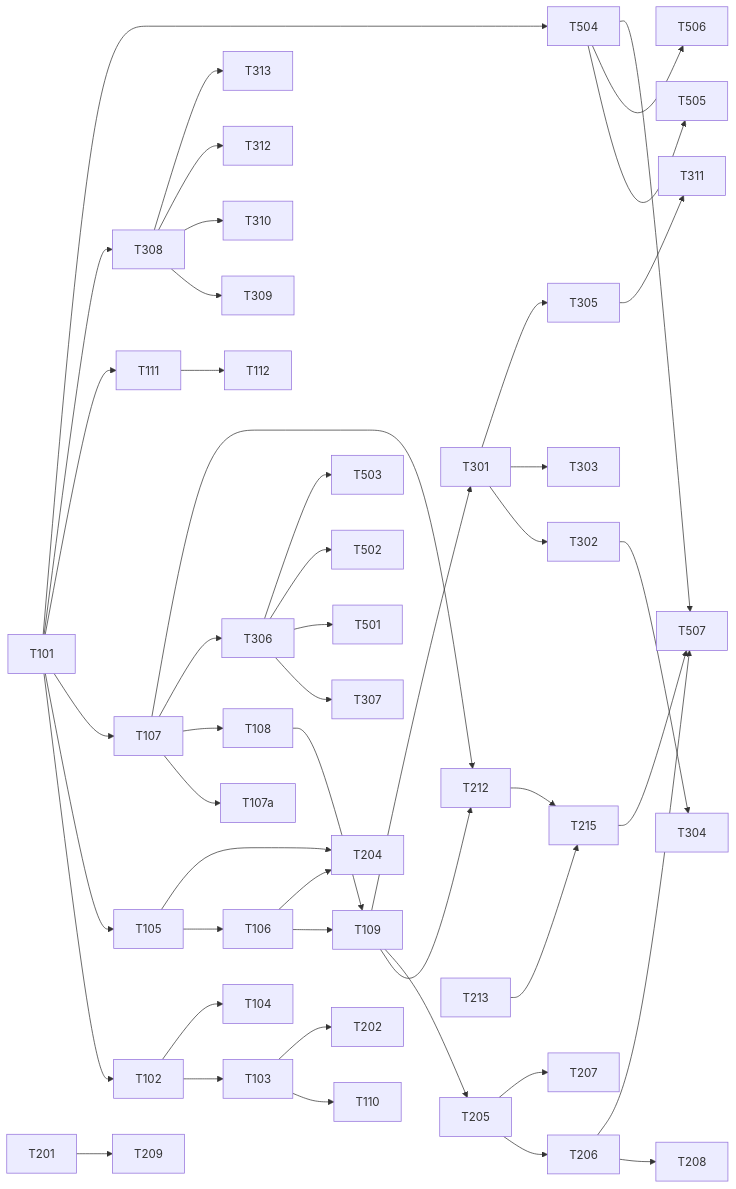
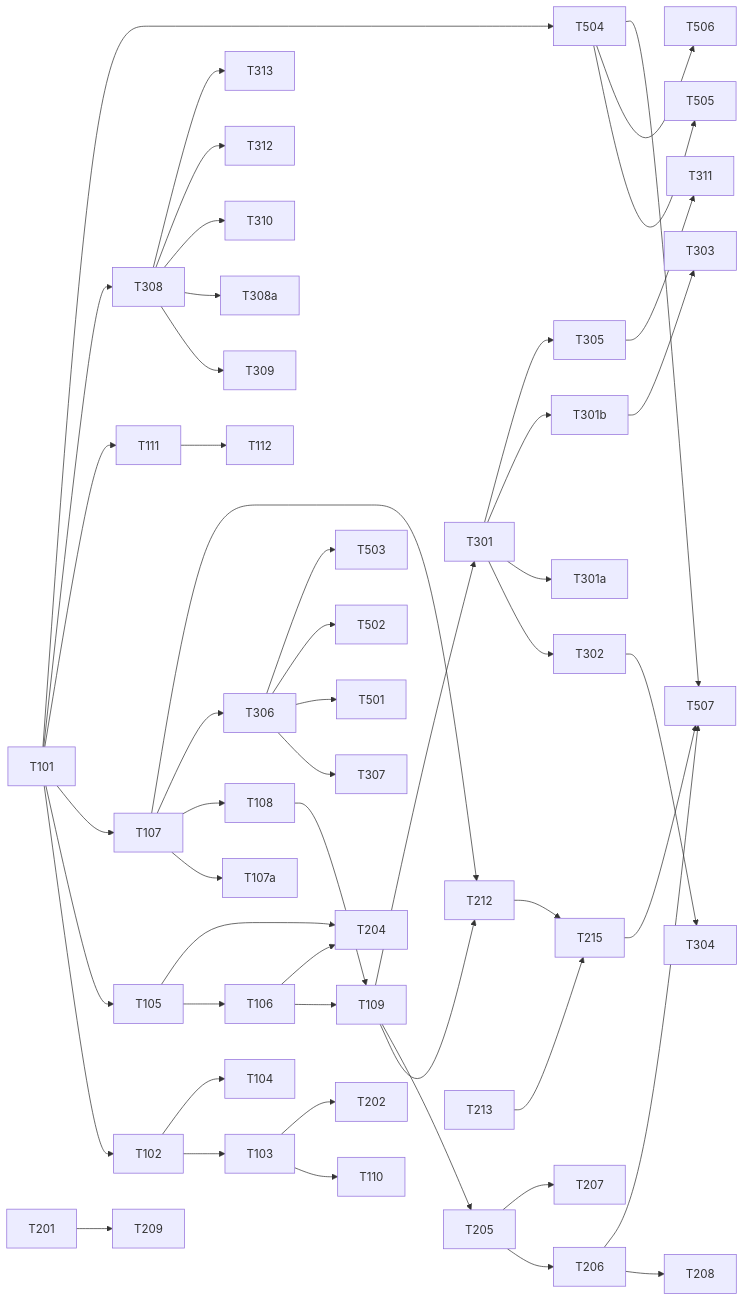
Before and after one commit to kylixs/orca: the diagram in remote-connectivity/design/2026-11-13-cloud-dev-platform/tasks.md, drawn with Mermaid. The commit also changed other lines of this file and 16 other files, not shown here.

````diff
--- a/remote-connectivity/design/2026-11-13-cloud-dev-platform/tasks.md
+++ b/remote-connectivity/design/2026-11-13-cloud-dev-platform/tasks.md
@@ -98,35 +101,37 @@
 ```mermaid
 flowchart LR
   T101 --> T102 --> T103
   T103 --> T110
   T103 --> T202
   T102 --> T104
   T101 --> T105 --> T106
   T101 --> T107 --> T107a
   T107 --> T108 --> T109 --> T212
   T106 --> T109
   T101 --> T111 --> T112
   T109 --> T205 --> T206 --> T208
   T205 --> T207
   T105 --> T204
   T106 --> T204
   T201 --> T209
   T109 --> T301 --> T302 --> T304
-  T301 --> T303
+  T301 --> T301a
+  T301 --> T301b --> T303
   T301 --> T305 --> T311
   T107 --> T306 --> T307
   T107 --> T212 --> T215
   T213 --> T215
   T215 --> T507
   T101 --> T308 --> T309
+  T308 --> T308a
   T308 --> T310
   T308 --> T312
   T308 --> T313
   T101 --> T504 --> T505
   T504 --> T506
   T206 --> T507
   T504 --> T507
   T306 --> T501
   T306 --> T502
   T306 --> T503
 ```
````
